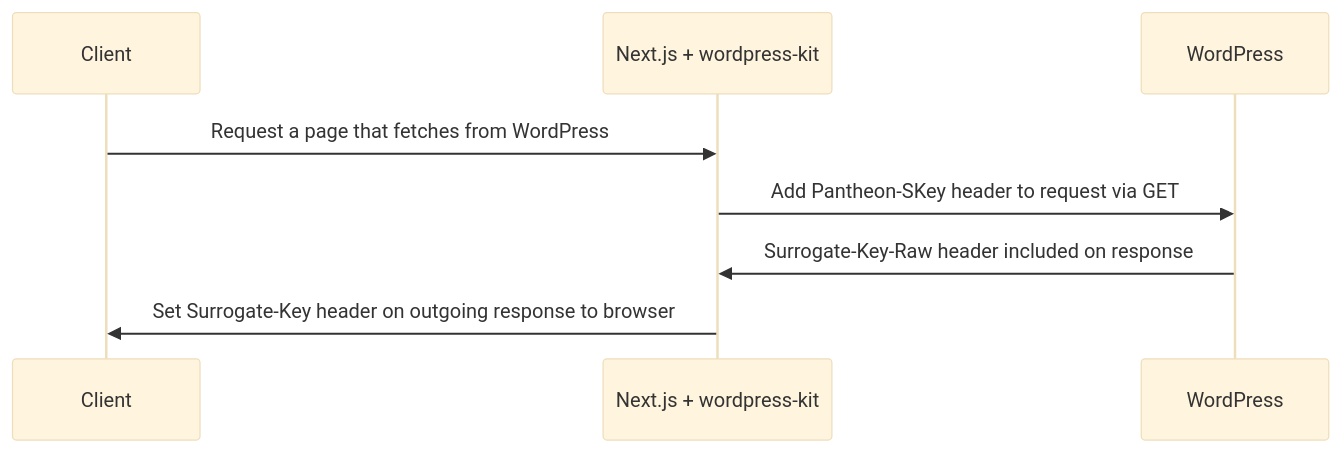
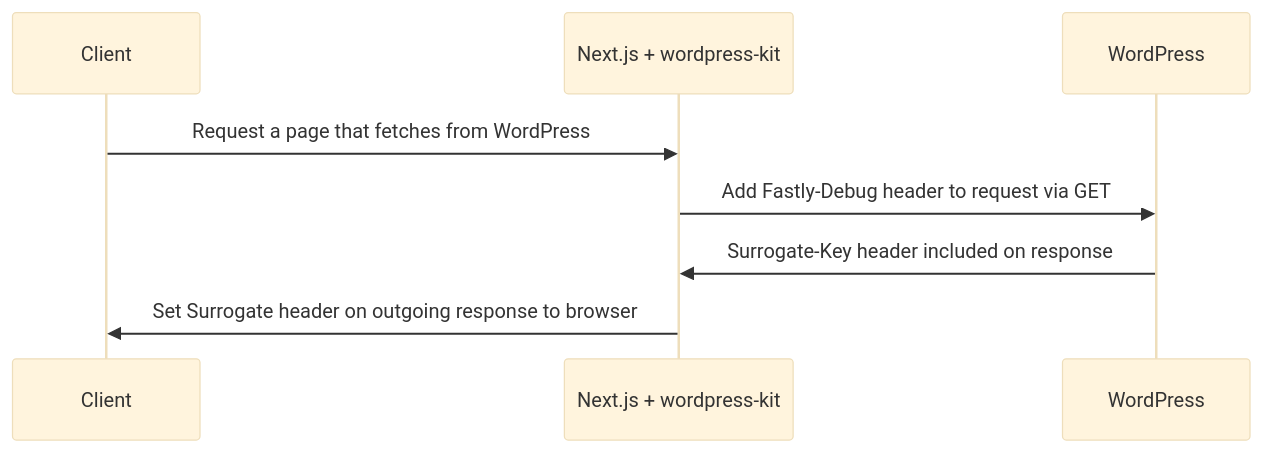
Before and after one commit to pantheon-systems/decoupled-kit-js: the diagram in web/docs/Frontend Starters/Next.js/Next.js + WordPress/surrogate-key-based-caching.md, drawn with Mermaid (base theme). The commit also changed 8 other files, not shown here.

Commit message:
DB-6014: Set hashed surrogate keys in wordpress-kit

````diff
--- a/web/docs/Frontend Starters/Next.js/Next.js + WordPress/surrogate-key-based-caching.md
+++ b/web/docs/Frontend Starters/Next.js/Next.js + WordPress/surrogate-key-based-caching.md
@@ -25,10 +25,10 @@
 ```mermaid
 sequenceDiagram
 	participant A as Client
     participant B as Next.js + wordpress-kit
     participant C as WordPress
     A->>B: Request a page that fetches from WordPress
-    B->>C: Add Pantheon-SKey header to request via GET
-    C->>B: Surrogate-Key-Raw header included on response
-    B->>A: Set Surrogate-Key header on outgoing response to browser
+    B->>C: Add Fastly-Debug header to request via GET
+    C->>B: Surrogate-Key header included on response
+    B->>A: Set Surrogate header on outgoing response to browser
 ```
````
